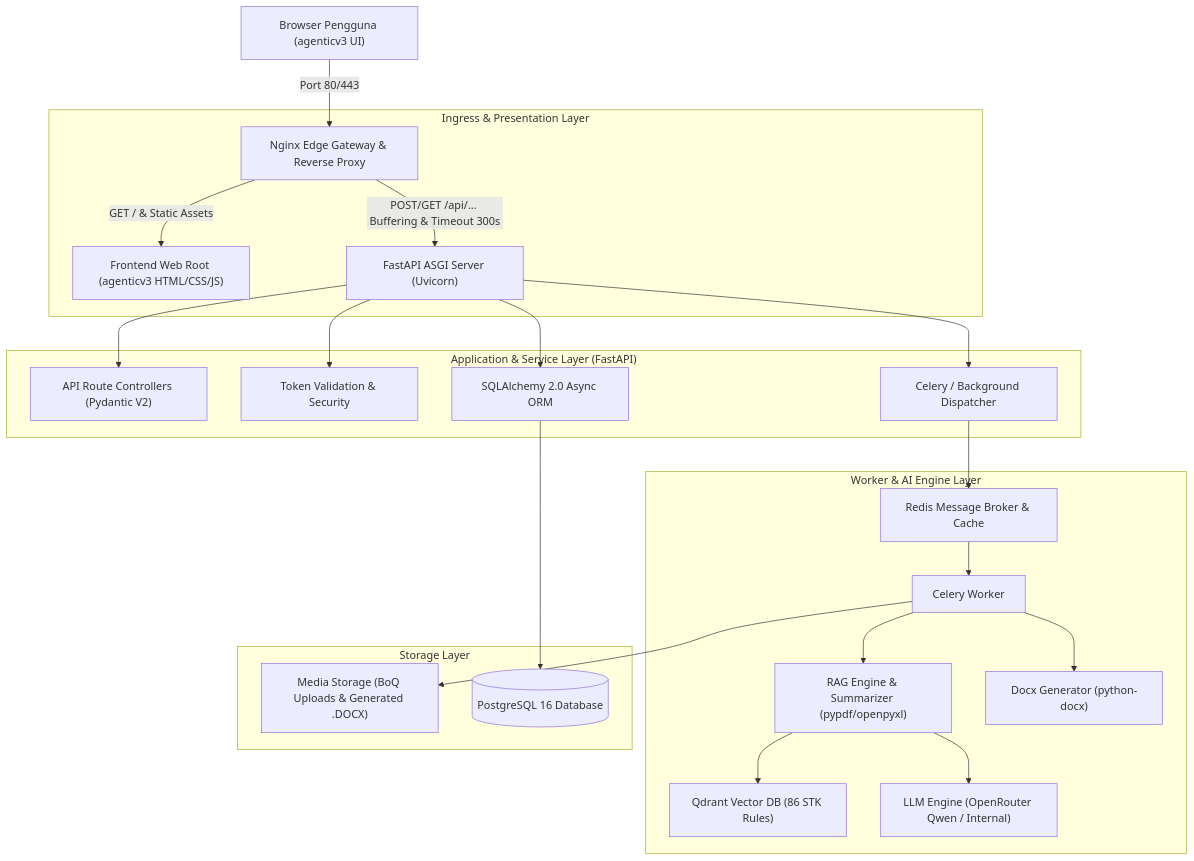
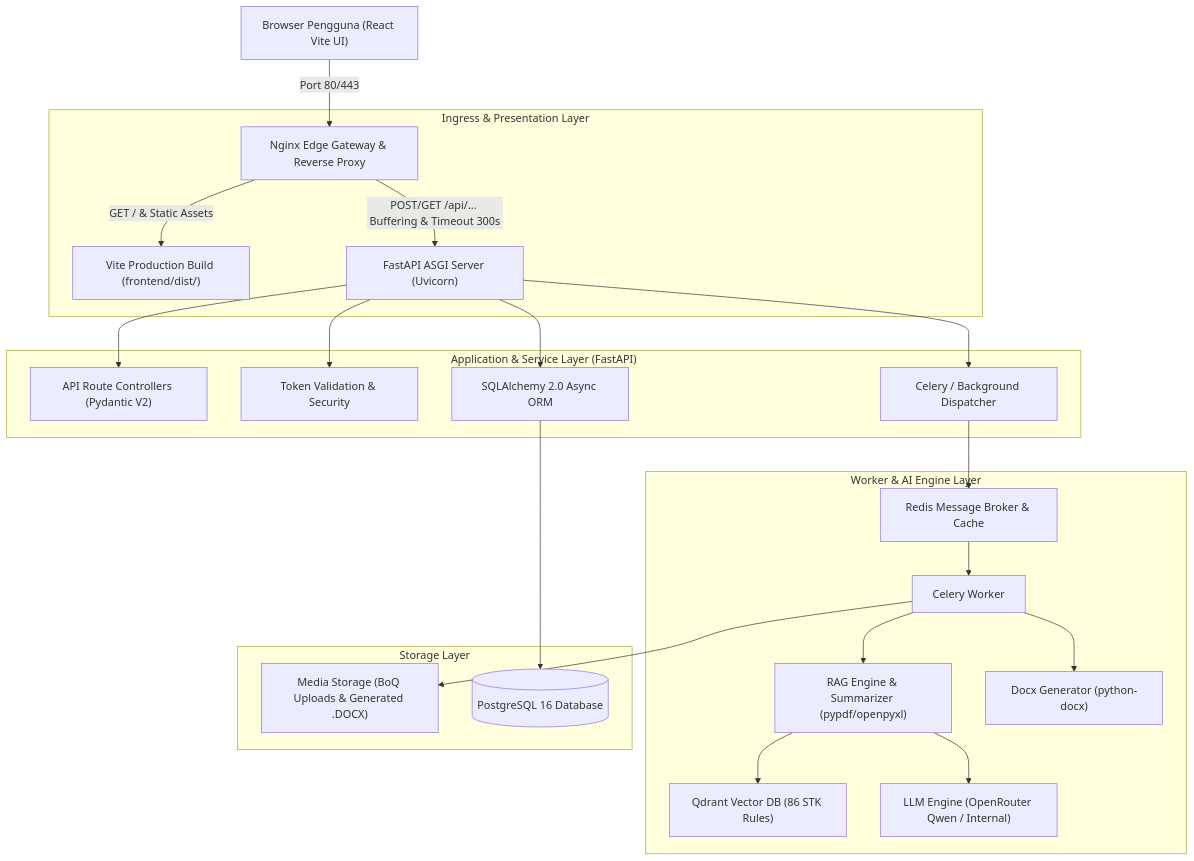
The first of 3 diagrams in draft_perencanaan_proyek_django.md (Flax9/Agenticv3), drawn with Mermaid before and after one commit. The commit also changed other lines of this file and 9 other files, not shown here.

Commit message:
docs: revise masterplan to React Vite (JavaScript) with modular komponen/ directory

````diff
--- a/draft_perencanaan_proyek_django.md
+++ b/draft_perencanaan_proyek_django.md
@@ -19,30 +19,30 @@
 ```mermaid
 graph TD
-    Client["Browser Pengguna (agenticv3 UI)"] -->|Port 80/443| Nginx["Nginx Edge Gateway & Reverse Proxy"]
+    Client["Browser Pengguna (React Vite UI)"] -->|Port 80/443| Nginx["Nginx Edge Gateway & Reverse Proxy"]
     
     subgraph "Ingress & Presentation Layer"
-        Nginx -->|GET / & Static Assets| FrontendDisk["Frontend Web Root (agenticv3 HTML/CSS/JS)"]
+        Nginx -->|GET / & Static Assets| ViteDist["Vite Production Build (frontend/dist/)"]
         Nginx -->|POST/GET /api/... Buffering & Timeout 300s| FastAPI["FastAPI ASGI Server (Uvicorn)"]
     end
 
     subgraph "Application & Service Layer (FastAPI)"
         FastAPI --> Routers["API Route Controllers (Pydantic V2)"]
         FastAPI --> Auth["Token Validation & Security"]
         FastAPI --> ORM["SQLAlchemy 2.0 Async ORM"]
         FastAPI --> TaskDispatch["Celery / Background Dispatcher"]
     end
 
     subgraph "Worker & AI Engine Layer"
         TaskDispatch --> Redis["Redis Message Broker & Cache"]
         Redis --> Celery["Celery Worker"]
         Celery --> RAG["RAG Engine & Summarizer (pypdf/openpyxl)"]
         Celery --> DocxGen["Docx Generator (python-docx)"]
         RAG --> Qdrant["Qdrant Vector DB (86 STK Rules)"]
         RAG --> LLM["LLM Engine (OpenRouter Qwen / Internal)"]
     end
 
     subgraph "Storage Layer"
         Celery --> MediaDisk["Media Storage (BoQ Uploads & Generated .DOCX)"]
         ORM --> DB[(PostgreSQL 16 Database)]
     end
 ```
````
